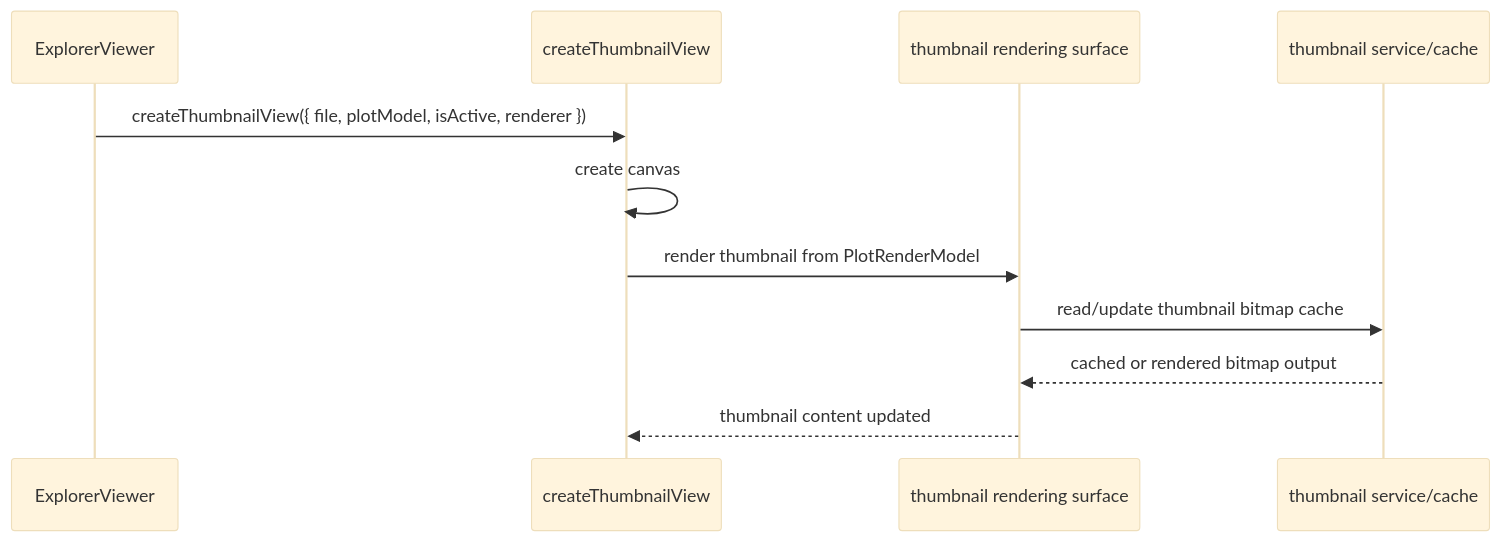
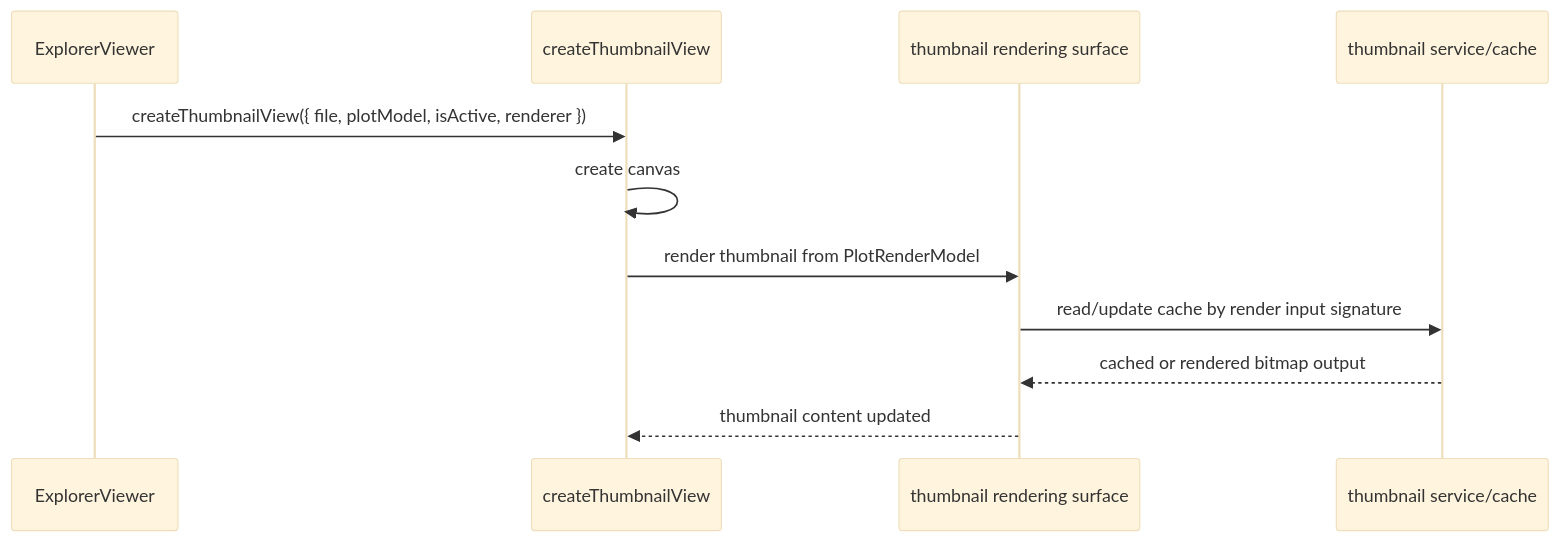
One commit to chogng/conductor changed the fifth of 6 diagrams in .github/instructions/thumbnail.instructions.md. Above: the diagram before and after it, drawn with Mermaid (base theme). The commit also changed other lines of this file and 5 other files, not shown here.

````diff
--- a/.github/instructions/thumbnail.instructions.md
+++ b/.github/instructions/thumbnail.instructions.md
@@ -164,14 +166,14 @@
 ```mermaid
 sequenceDiagram
     participant ExplorerViewer
     participant ThumbnailView as createThumbnailView
     participant ThumbnailRenderer as thumbnail rendering surface
     participant ThumbnailService as thumbnail service/cache
 
     ExplorerViewer->>ThumbnailView: createThumbnailView({ file, plotModel, isActive, renderer })
     ThumbnailView->>ThumbnailView: create canvas
     ThumbnailView->>ThumbnailRenderer: render thumbnail from PlotRenderModel
-    ThumbnailRenderer->>ThumbnailService: read/update thumbnail bitmap cache
+    ThumbnailRenderer->>ThumbnailService: read/update cache by render input signature
     ThumbnailService-->>ThumbnailRenderer: cached or rendered bitmap output
     ThumbnailRenderer-->>ThumbnailView: thumbnail content updated
 ```
````
